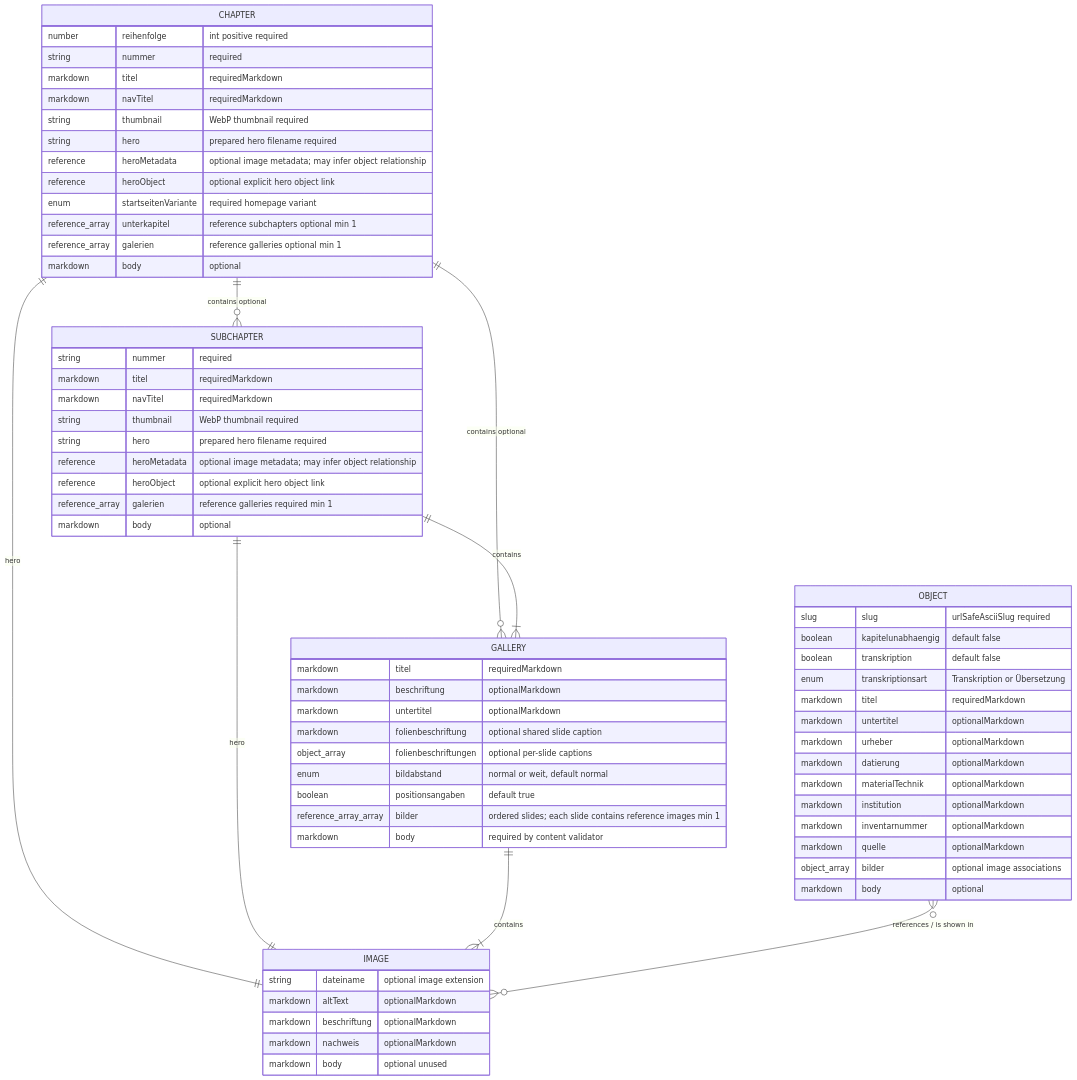
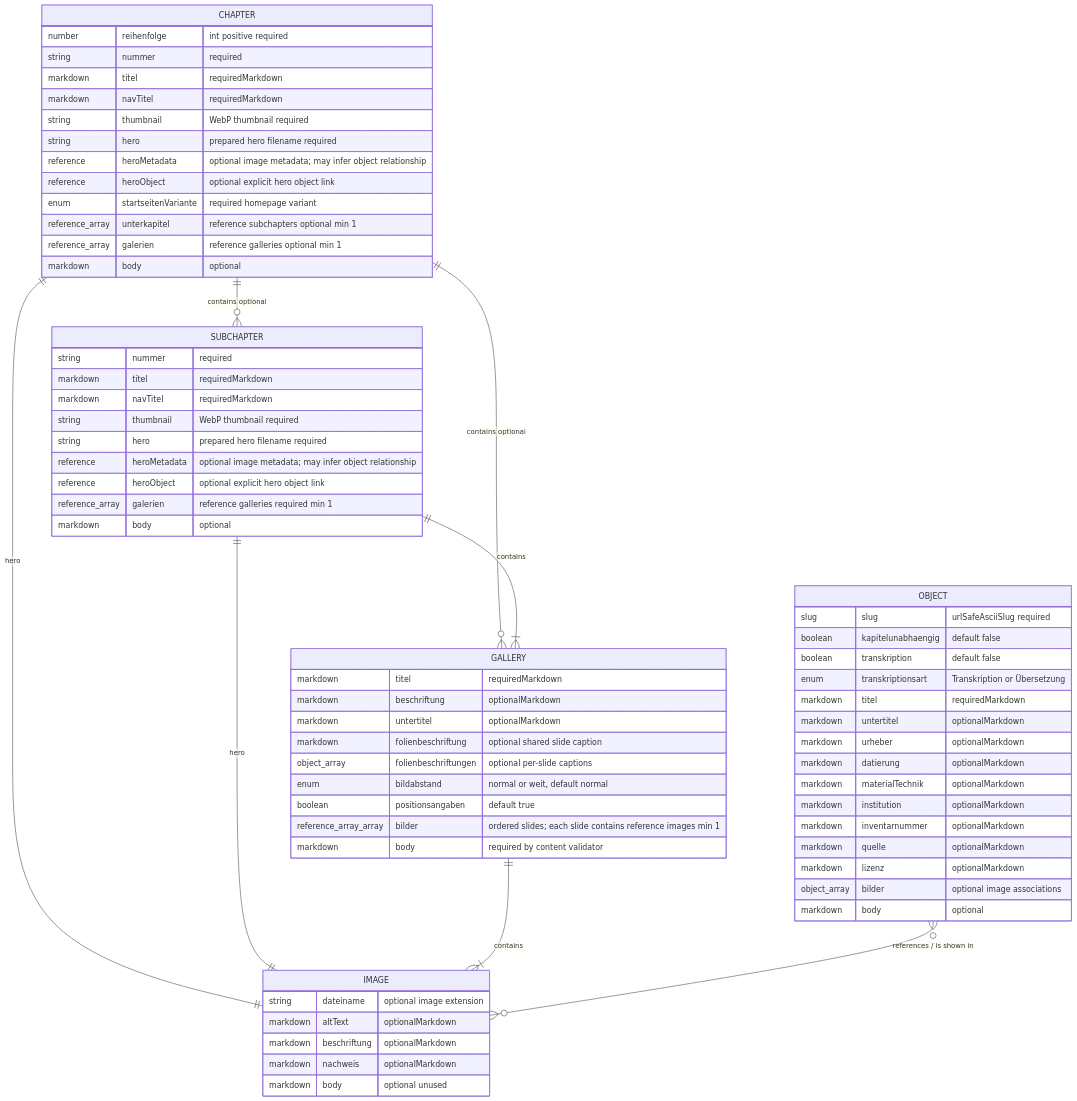
One commit to Theodor-Springmann-Stiftung/hebel-ausstellung changed the diagram in docs/content-model.md. Above: the diagram before and after it, drawn with Mermaid. The commit also changed other lines of this file and 3 other files, not shown here.

````diff
--- a/docs/content-model.md
+++ b/docs/content-model.md
@@ -323,74 +325,75 @@
 ```mermaid
 erDiagram
   CHAPTER ||--o{ SUBCHAPTER : "contains optional"
   CHAPTER ||--o{ GALLERY : "contains optional"
   CHAPTER ||--|| IMAGE : "hero"
   SUBCHAPTER ||--|{ GALLERY : "contains"
   SUBCHAPTER ||--|| IMAGE : "hero"
   GALLERY ||--|{ IMAGE : "contains"
   OBJECT }o--o{ IMAGE : "references / is shown in"
 
   CHAPTER {
     number reihenfolge "int positive required"
     string nummer "required"
     markdown titel "requiredMarkdown"
     markdown navTitel "requiredMarkdown"
     string thumbnail "WebP thumbnail required"
     string hero "prepared hero filename required"
     reference heroMetadata "optional image metadata; may infer object relationship"
     reference heroObject "optional explicit hero object link"
     enum startseitenVariante "required homepage variant"
     reference_array unterkapitel "reference subchapters optional min 1"
     reference_array galerien "reference galleries optional min 1"
     markdown body "optional"
   }
 
   SUBCHAPTER {
     string nummer "required"
     markdown titel "requiredMarkdown"
     markdown navTitel "requiredMarkdown"
     string thumbnail "WebP thumbnail required"
     string hero "prepared hero filename required"
     reference heroMetadata "optional image metadata; may infer object relationship"
     reference heroObject "optional explicit hero object link"
     reference_array galerien "reference galleries required min 1"
     markdown body "optional"
   }
 
   GALLERY {
     markdown titel "requiredMarkdown"
     markdown beschriftung "optionalMarkdown"
     markdown untertitel "optionalMarkdown"
     markdown folienbeschriftung "optional shared slide caption"
     object_array folienbeschriftungen "optional per-slide captions"
     enum bildabstand "normal or weit, default normal"
     boolean positionsangaben "default true"
     reference_array_array bilder "ordered slides; each slide contains reference images min 1"
     markdown body "required by content validator"
   }
 
   IMAGE {
     string dateiname "optional image extension"
     markdown altText "optionalMarkdown"
     markdown beschriftung "optionalMarkdown"
     markdown nachweis "optionalMarkdown"
     markdown body "optional unused"
   }
 
   OBJECT {
     slug slug "urlSafeAsciiSlug required"
     boolean kapitelunabhaengig "default false"
     boolean transkription "default false"
     enum transkriptionsart "Transkription or Übersetzung"
     markdown titel "requiredMarkdown"
     markdown untertitel "optionalMarkdown"
     markdown urheber "optionalMarkdown"
     markdown datierung "optionalMarkdown"
     markdown materialTechnik "optionalMarkdown"
     markdown institution "optionalMarkdown"
     markdown inventarnummer "optionalMarkdown"
     markdown quelle "optionalMarkdown"
+    markdown lizenz "optionalMarkdown"
     object_array bilder "optional image associations"
     markdown body "optional"
   }
 ```
````
